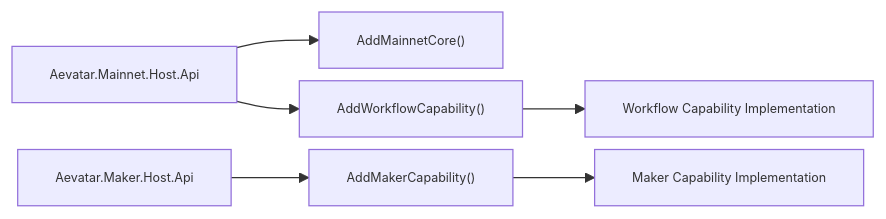
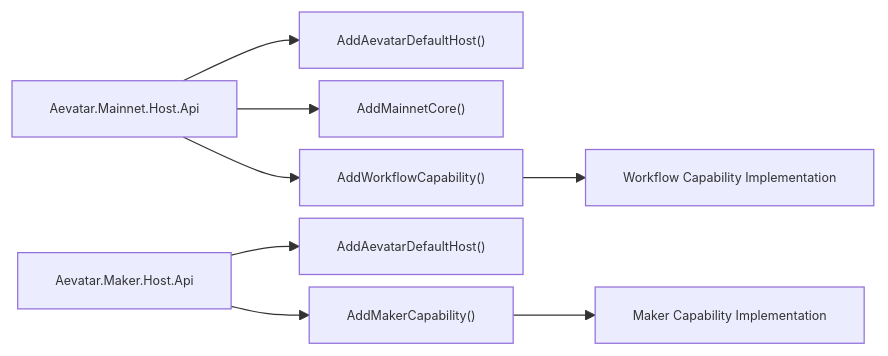
The second of 4 diagrams in docs/PROJECT_ARCHITECTURE.md (aevatarAI/aevatar), drawn with Mermaid before and after one commit. The commit also changed other lines of this file and 24 other files, not shown here.

First line of the commit message:
Refactor Aevatar architecture to unify capability integration

````diff
--- a/docs/PROJECT_ARCHITECTURE.md
+++ b/docs/PROJECT_ARCHITECTURE.md
@@ -29,11 +29,13 @@
 ```mermaid
 %%{init: {"maxTextSize": 100000, "flowchart": {"useMaxWidth": false, "nodeSpacing": 10, "rankSpacing": 50}, "themeVariables": {"fontSize": "10px"}}}%%
 flowchart LR
-    MH["Aevatar.Mainnet.Host.Api"] --> MADD["AddMainnetCore()"]
+    MH["Aevatar.Mainnet.Host.Api"] --> HADD["AddAevatarDefaultHost()"]
+    MH --> MADD["AddMainnetCore()"]
     MH --> WADD["AddWorkflowCapability()"]
 
-    KH["Aevatar.Maker.Host.Api"] --> KADD["AddMakerCapability()"]
+    KH["Aevatar.Maker.Host.Api"] --> KHADD["AddAevatarDefaultHost()"]
+    KH --> KADD["AddMakerCapability()"]
 
     WADD --> WIMPL["Workflow Capability Implementation"]
     KADD --> KIMPL["Maker Capability Implementation"]
 ```
````
